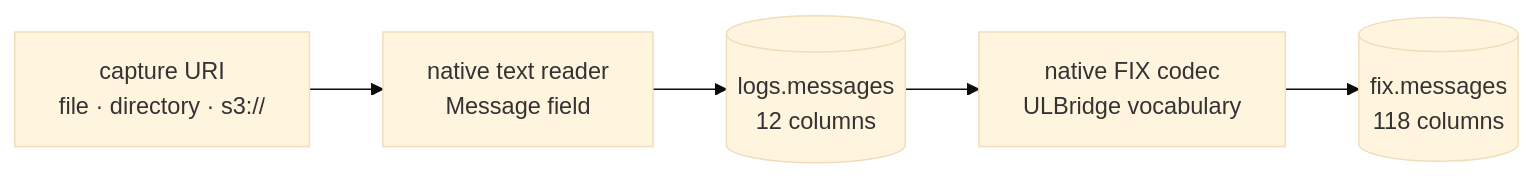
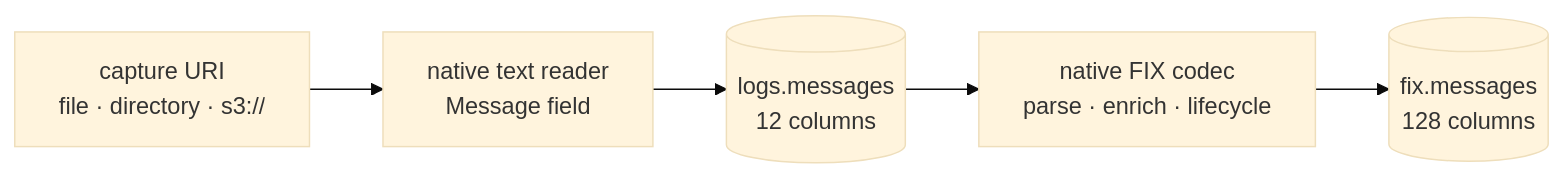
The diagram in docs/index.md (Platob/yggfin), drawn with Mermaid (base theme) before and after one commit. The commit also changed other lines of this file and 118 other files, not shown here.

````diff
--- a/docs/index.md
+++ b/docs/index.md
@@ -38,7 +38,7 @@
 ```mermaid
 flowchart LR
     S["capture URI<br/>file · directory · s3://"] --> T["native text reader<br/>Message field"]
     T --> M[("logs.messages<br/>12 columns")]
-    M --> F["native FIX codec<br/>ULBridge vocabulary"]
-    F --> O[("fix.messages<br/>118 columns")]
+    M --> F["native FIX codec<br/>parse · enrich · lifecycle"]
+    F --> O[("fix.messages<br/>128 columns")]
 ```
````
